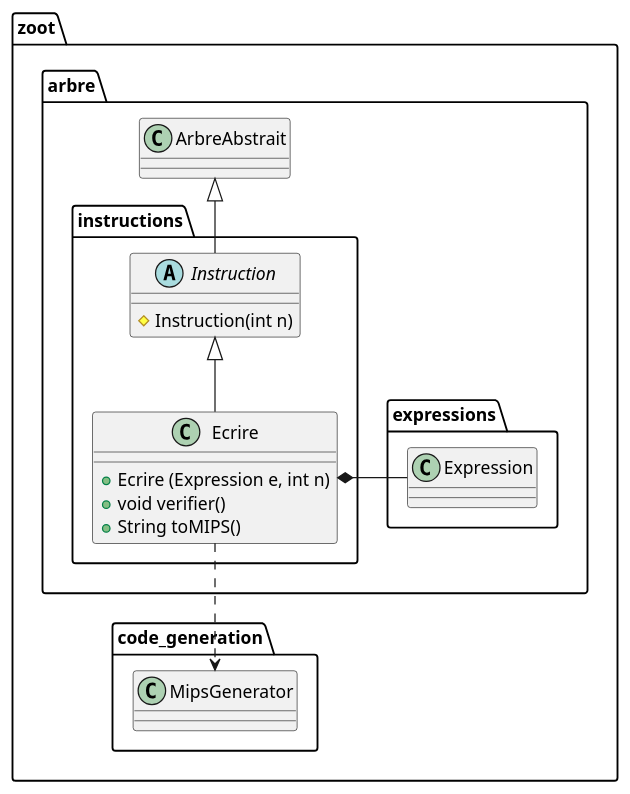
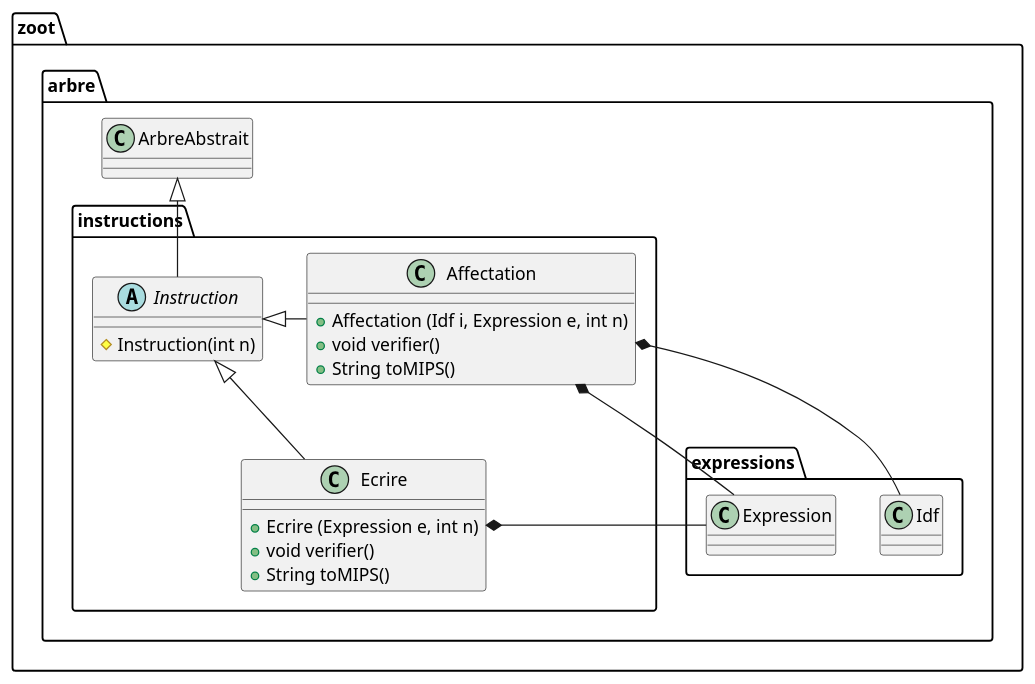
The diagram in diagrammes/classe/instructions.puml (lmtb06/zoot), drawn with PlantUML before and after one commit. The commit also changed 7 other files, not shown here.

Commit message:
Mise à jour des différents diagrammes: + Diagramme d'activité + Diagrammes de classes :   + Ajout de quelques classes   + Corrections mineures

```diff
--- a/diagrammes/classe/instructions.puml
+++ b/diagrammes/classe/instructions.puml
@@ -1,22 +1,30 @@
 @startuml "Package instructions"
 
 namespace zoot.arbre.instructions {
     ' Includes
     ' Classes
     class Ecrire {
         + Ecrire (Expression e, int n)
         + void verifier()
         + String toMIPS()
     }
 
+    class Affectation {
+        + Affectation (Idf i, Expression e, int n)
+        + void verifier()
+        + String toMIPS()
+    }
+
     abstract class Instruction {
         # Instruction(int n)
     }
     ' Relations entre les classes
     Ecrire -up-|> Instruction
     Ecrire *-right- zoot.arbre.expressions.Expression
-    Ecrire ..> zoot.code_generation.MipsGenerator
     Instruction -up-|> zoot.arbre.ArbreAbstrait
+    Affectation -right-|> Instruction
+    Affectation *-- zoot.arbre.expressions.Idf
+    Affectation *-down- zoot.arbre.expressions.Expression
 }
 
 @enduml
```
